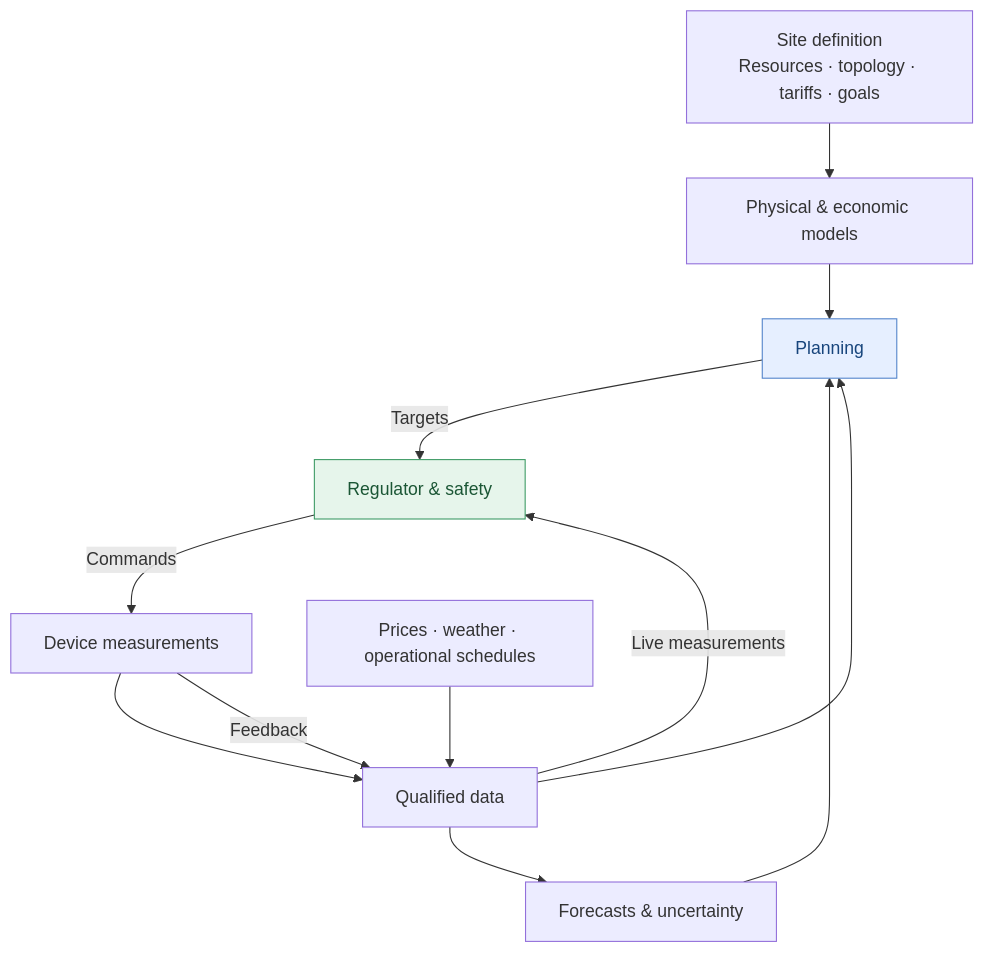
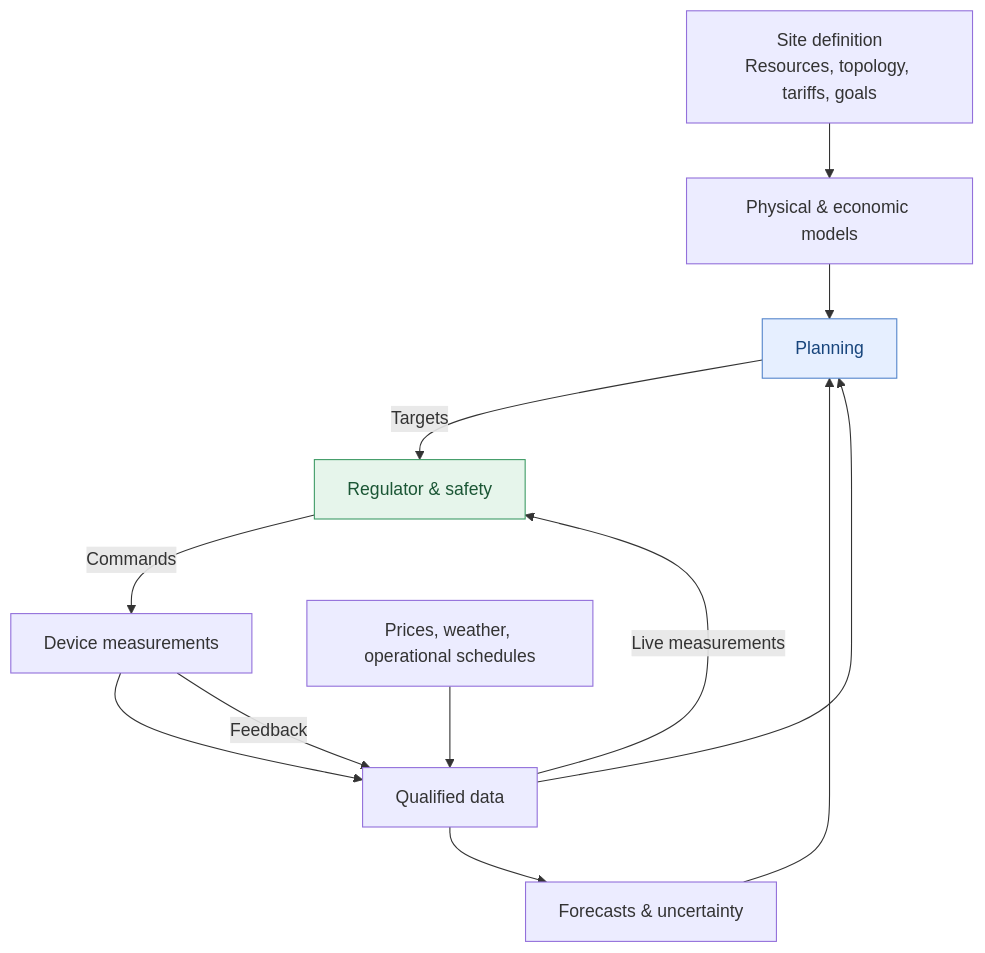
The first of 4 diagrams in docs/architecture.md (hugoenglund-wq/BEMS-public-preview), drawn with Mermaid before and after one commit. The commit also changed other lines of this file, not shown here.

Commit message:
Replace decorative middle-dot separators with commas

````diff
--- a/docs/architecture.md
+++ b/docs/architecture.md
@@ -19,18 +19,18 @@
 ```mermaid
 flowchart TB
-    Site["Site definition<br/>Resources · topology · tariffs · goals"] --> Models["Physical & economic models"]
+    Site["Site definition<br/>Resources, topology, tariffs, goals"] --> Models["Physical & economic models"]
     Devices["Device measurements"] --> Data["Qualified data"]
-    Context["Prices · weather · operational schedules"] --> Data
+    Context["Prices, weather, operational schedules"] --> Data
     Data --> Forecast["Forecasts & uncertainty"]
     Data --> Planning["Planning"]
     Forecast --> Planning
     Models --> Planning
     Planning -->|"Targets"| Safety["Regulator & safety"]
     Data -->|"Live measurements"| Safety
     Safety -->|"Commands"| Devices
     Devices -->|"Feedback"| Data
     classDef plan fill:#e6efff,stroke:#5485cb,color:#17457c
     classDef safe fill:#e6f5eb,stroke:#3f9b66,color:#1b5635
     class Planning plan
     class Safety safe
 ```
````
